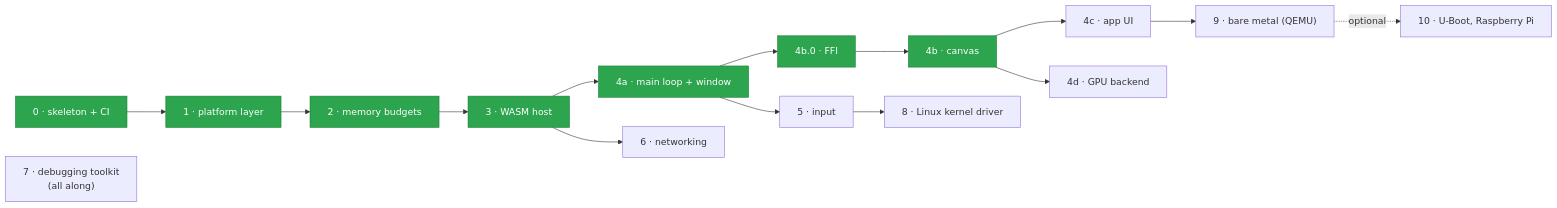
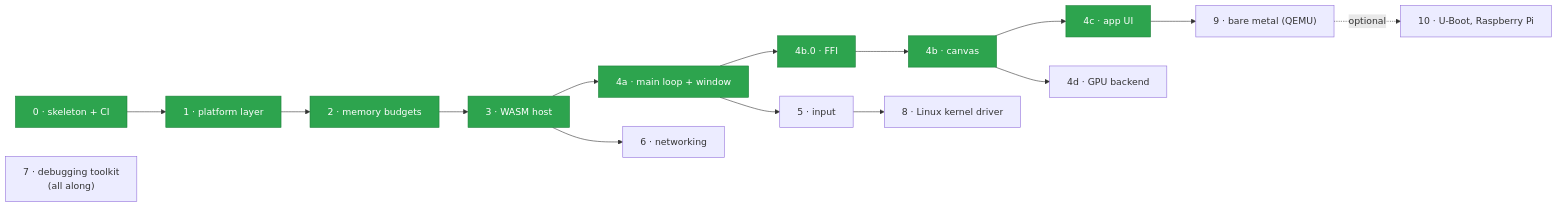
The third of 3 diagrams in README.md (arinal/mim), drawn with Mermaid before and after one commit. The commit also changed other lines of this file and 32 other files, not shown here.

````diff
--- a/README.md
+++ b/README.md
@@ -131,15 +132,15 @@
 ```mermaid
 flowchart LR
     S0["0 · skeleton + CI"] --> S1["1 · platform layer"] --> S2["2 · memory budgets"] --> S3["3 · WASM host"]
     S3 --> S4a["4a · main loop + window"] --> S4b0["4b.0 · FFI"] --> S4b["4b · canvas"] --> S4c["4c · app UI"]
     S4b --> S4d["4d · GPU backend"]
     S4a --> S5["5 · input"]
     S3 --> S6["6 · networking"]
     S5 --> S8["8 · Linux kernel driver"]
     S4c --> S9["9 · bare metal (QEMU)"]
     S9 -.optional.-> S10["10 · U-Boot, Raspberry Pi"]
     S7["7 · debugging toolkit<br/>(all along)"]
 
     classDef done fill:#2da44e,stroke:#1a7f37,color:#fff
-    class S0,S1,S2,S3,S4a,S4b0,S4b done
+    class S0,S1,S2,S3,S4a,S4b0,S4b,S4c done
 ```
````
